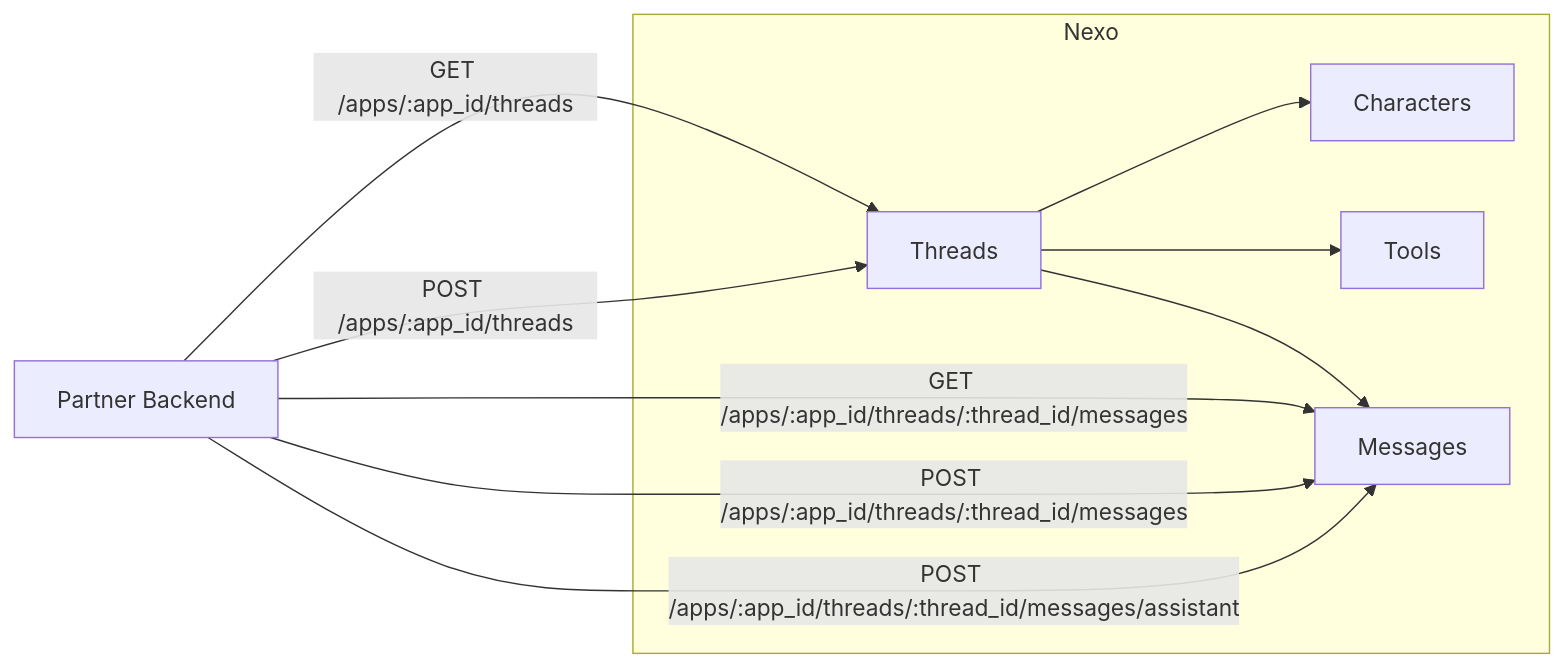
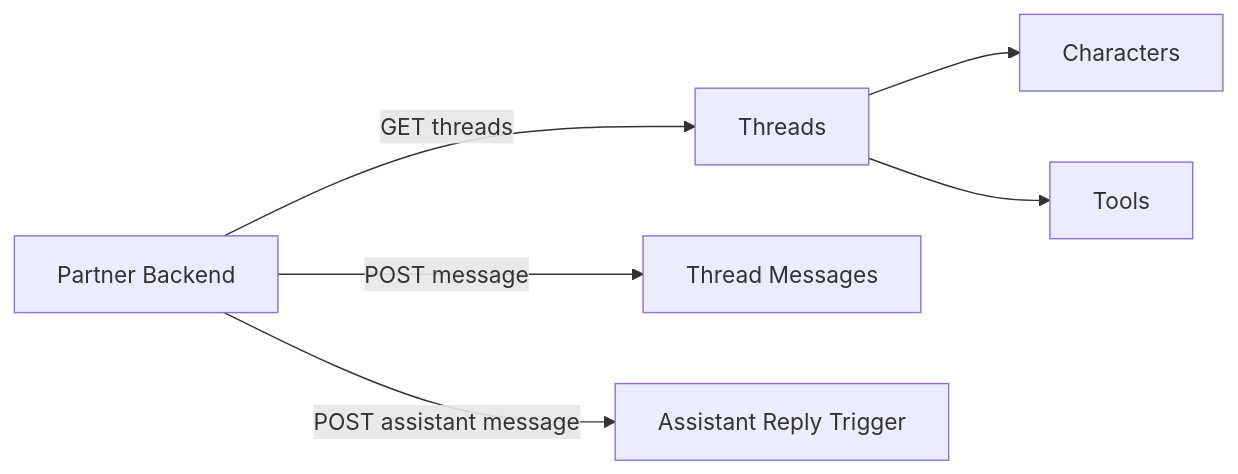
One commit to The-Wordlab/luzia-nexo-api changed the second of 2 diagrams in docs/integration-diagrams.md. Above: the diagram before and after it, drawn with Mermaid. The commit also changed other lines of this file and 2 other files, not shown here.

Commit message:
docs: make diagrams webhook-first for partner clarity

````diff
--- a/docs/integration-diagrams.md
+++ b/docs/integration-diagrams.md
@@ -7,21 +23,8 @@
 ```mermaid
 flowchart LR
-    Partner[Partner Backend]
-
-    subgraph Nexo[Nexo]
-      Threads[Threads]
-      Characters[Characters]
-      Tools[Tools]
-      Messages[Messages]
-    end
-
-    Threads --> Characters
-    Threads --> Tools
-    Threads --> Messages
-
-    Partner -->|GET /apps/:app_id/threads| Threads
-    Partner -->|GET /apps/:app_id/threads/:thread_id/messages| Messages
-    Partner -->|POST /apps/:app_id/threads| Threads
-    Partner -->|POST /apps/:app_id/threads/:thread_id/messages| Messages
-    Partner -->|POST /apps/:app_id/threads/:thread_id/messages/assistant| Messages
+    Partner[Partner Backend] -->|GET threads| Threads[Threads]
+    Partner -->|POST message| Messages[Thread Messages]
+    Partner -->|POST assistant message| Assistant[Assistant Reply Trigger]
+    Threads --> Characters[Characters]
+    Threads --> Tools[Tools]
 ```
````
